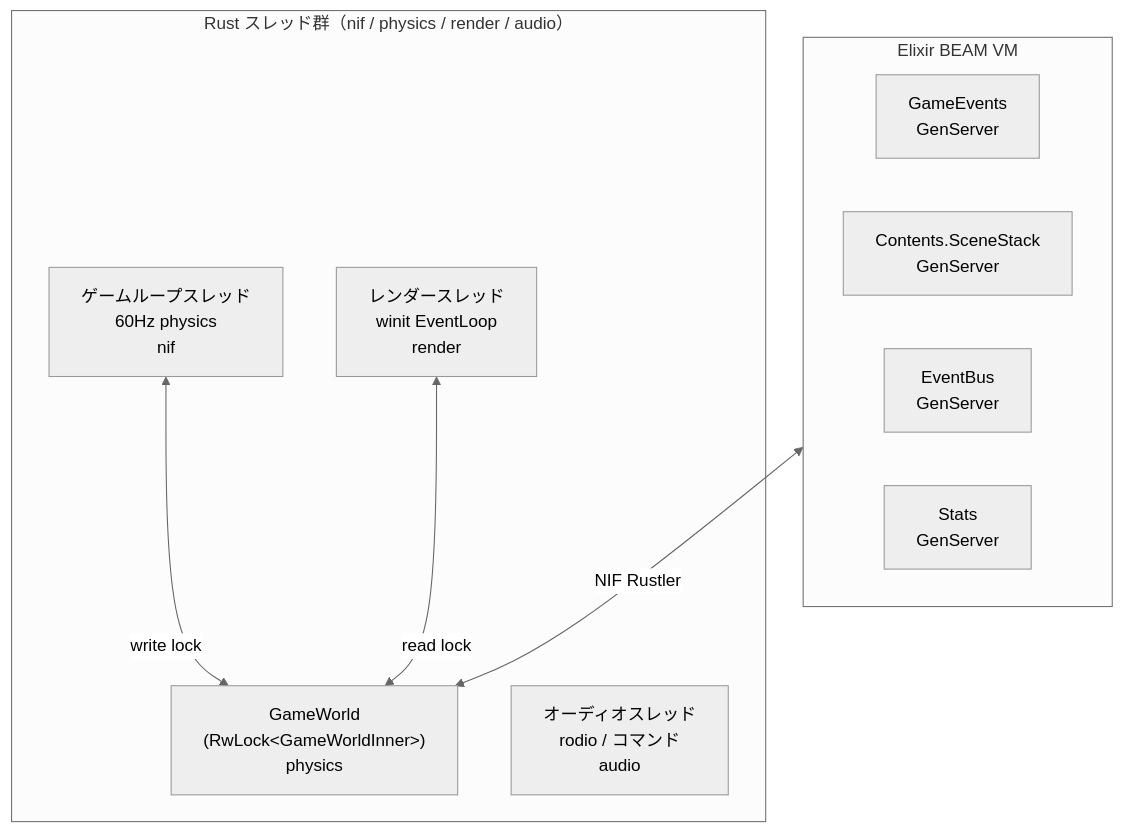
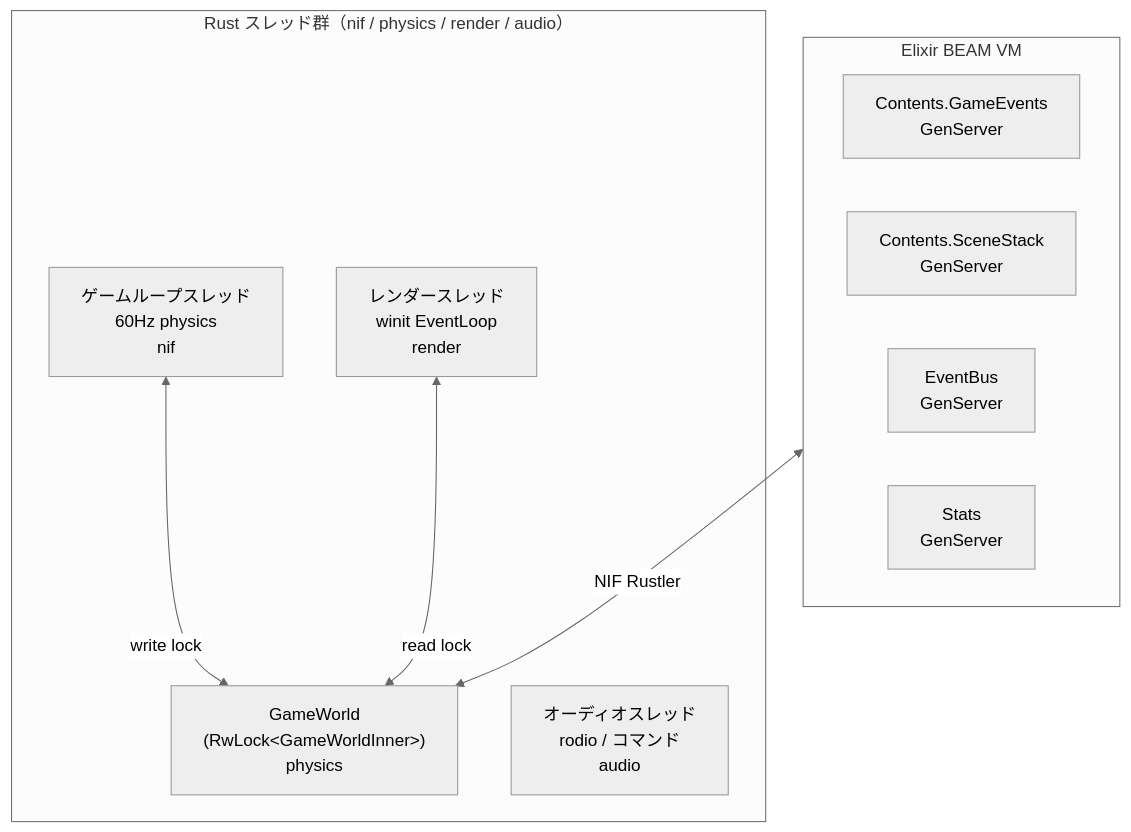
Diagram 12 of 12 in docs/data-flow.md (FRICK-ELDY/alchemy-engine), drawn with Mermaid (neutral theme) before and after one commit. The commit also changed other lines of this file and 8 other files, not shown here.

Commit message:
refactor: migrate GameEvents to contents and update docs

````diff
--- a/docs/data-flow.md
+++ b/docs/data-flow.md
@@ -276,21 +276,21 @@
 ```mermaid
 graph TB
     subgraph BEAM["Elixir BEAM VM"]
-        GEV[GameEvents\nGenServer]
+        GEV[Contents.GameEvents\nGenServer]
         SS[Contents.SceneStack\nGenServer]
         EVB[EventBus\nGenServer]
         STS[Stats\nGenServer]
     end
 
     BEAM <-->|NIF Rustler| GW
 
     subgraph RUST["Rust スレッド群（nif / physics / render / audio）"]
         GL[ゲームループスレッド\n60Hz physics\nnif]
         RT[レンダースレッド\nwinit EventLoop\nrender]
         AT[オーディオスレッド\nrodio / コマンド\naudio]
         GW["GameWorld\n(RwLock&lt;GameWorldInner&gt;)\nphysics"]
 
         GL <-->|write lock| GW
         RT <-->|read lock| GW
     end
 ```
````
